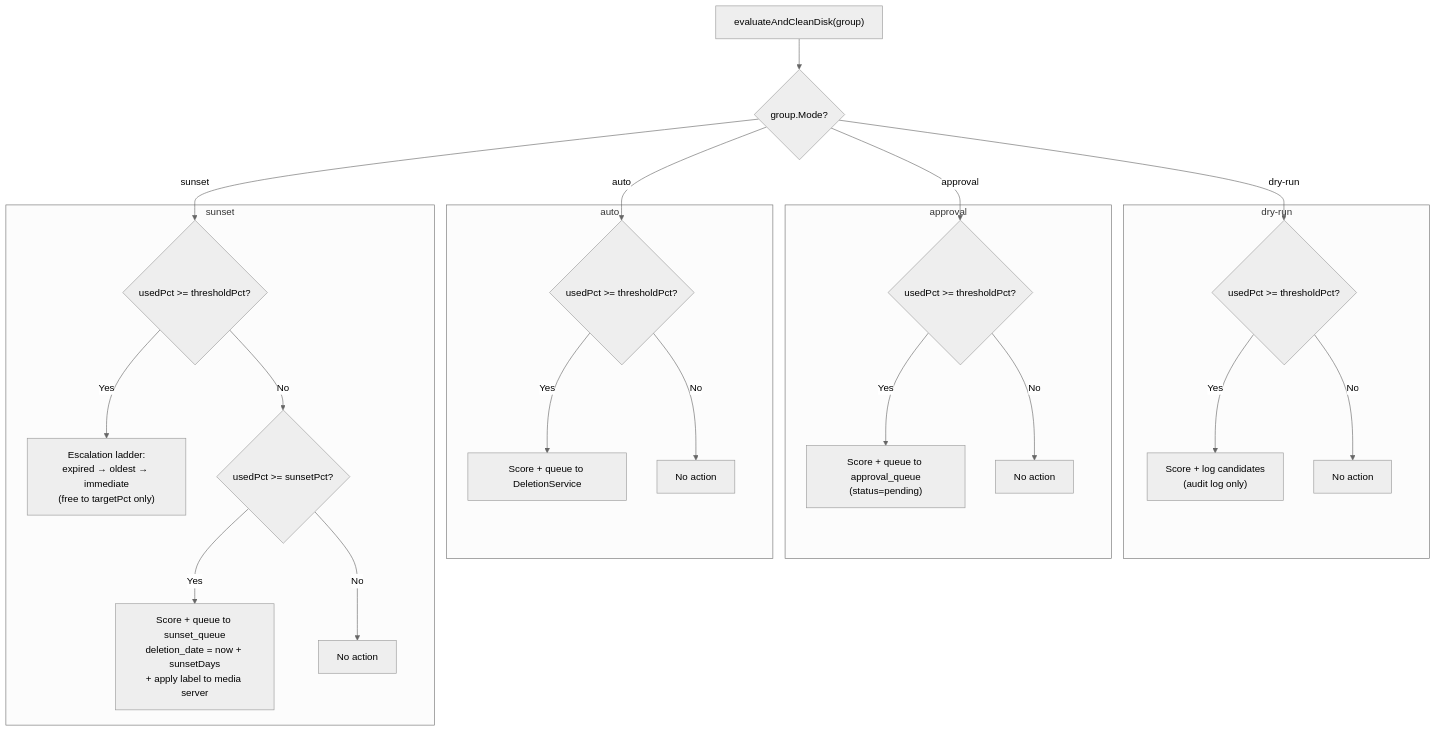
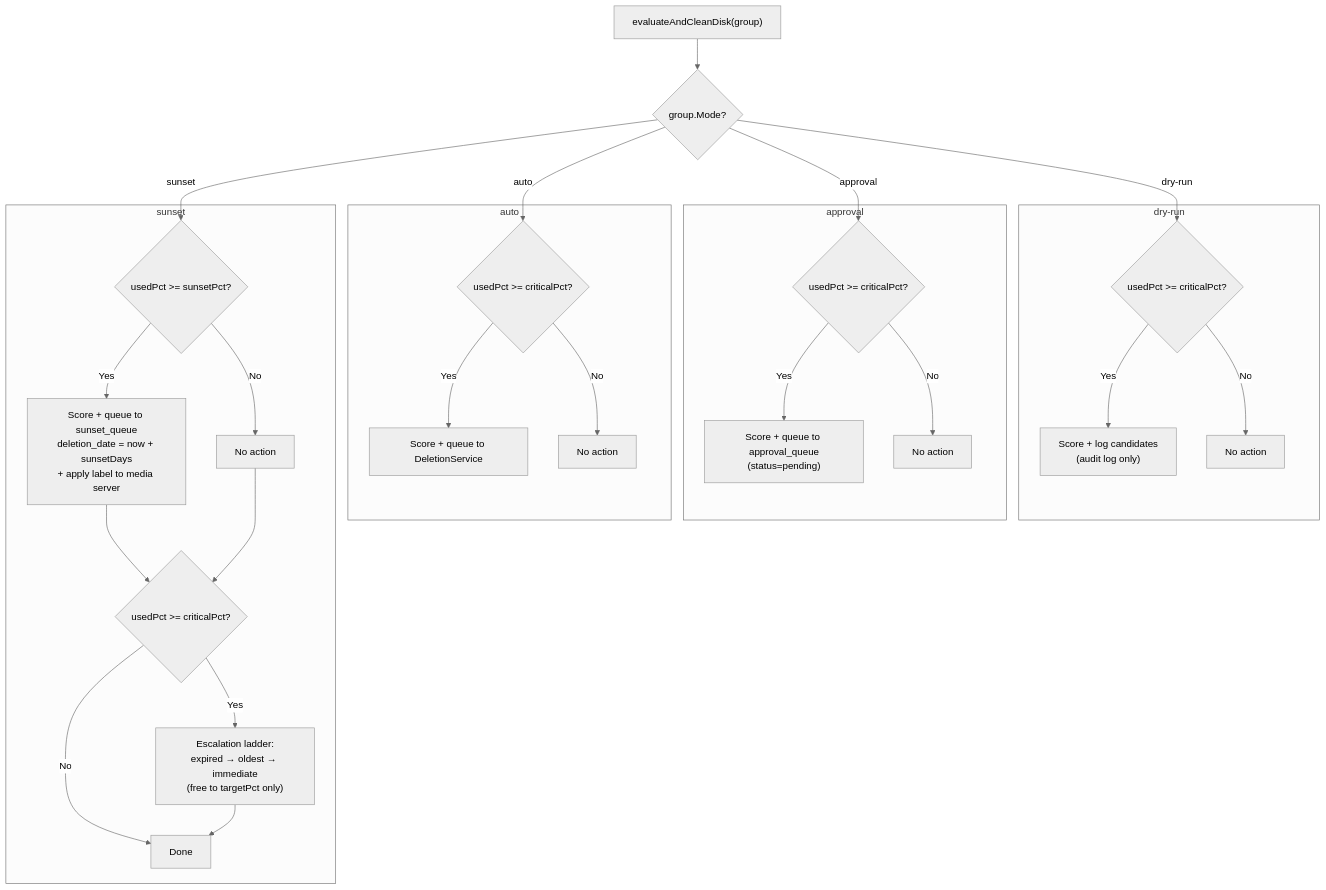
Before and after one commit to Wesleyl89/capacitarr: the second of 4 diagrams in docs/plans/02-features/20260328T0408Z-scheduled-deletion-collections-poster-overlays.md, drawn with Mermaid (neutral theme). The commit also changed other lines of this file and 34 other files, not shown here.

````diff
--- a/docs/plans/02-features/20260328T0408Z-scheduled-deletion-collections-poster-overlays.md
+++ b/docs/plans/02-features/20260328T0408Z-scheduled-deletion-collections-poster-overlays.md
@@ -115,50 +115,54 @@
 ```mermaid
 flowchart TD
     EVAL["evaluateAndCleanDisk(group)"]
     CHECK_MODE{group.Mode?}
 
     subgraph DRY_RUN["dry-run"]
-        DR_THRESH{"usedPct >= thresholdPct?"}
+        DR_THRESH{"usedPct >= criticalPct?"}
         DR_LOG["Score + log candidates<br/>(audit log only)"]
         DR_SKIP["No action"]
     end
 
     subgraph APPROVAL["approval"]
-        AP_THRESH{"usedPct >= thresholdPct?"}
+        AP_THRESH{"usedPct >= criticalPct?"}
         AP_QUEUE["Score + queue to approval_queue<br/>(status=pending)"]
         AP_SKIP["No action"]
     end
 
     subgraph AUTO["auto"]
-        AU_THRESH{"usedPct >= thresholdPct?"}
+        AU_THRESH{"usedPct >= criticalPct?"}
         AU_DELETE["Score + queue to DeletionService"]
         AU_SKIP["No action"]
     end
 
     subgraph SUNSET["sunset"]
-        SU_DEL_THRESH{"usedPct >= thresholdPct?"}
-        SU_ESCALATE["Escalation ladder:<br/>expired → oldest → immediate<br/>(free to targetPct only)"]
         SU_SUN_THRESH{"usedPct >= sunsetPct?"}
         SU_QUEUE["Score + queue to sunset_queue<br/>deletion_date = now + sunsetDays<br/>+ apply label to media server"]
         SU_SKIP["No action"]
+        SU_DEL_THRESH{"usedPct >= criticalPct?"}
+        SU_ESCALATE["Escalation ladder:<br/>expired → oldest → immediate<br/>(free to targetPct only)"]
+        SU_DONE["Done"]
     end
 
     EVAL --> CHECK_MODE
     CHECK_MODE -->|"dry-run"| DR_THRESH
     DR_THRESH -->|"Yes"| DR_LOG
     DR_THRESH -->|"No"| DR_SKIP
 
     CHECK_MODE -->|"approval"| AP_THRESH
     AP_THRESH -->|"Yes"| AP_QUEUE
     AP_THRESH -->|"No"| AP_SKIP
 
     CHECK_MODE -->|"auto"| AU_THRESH
     AU_THRESH -->|"Yes"| AU_DELETE
     AU_THRESH -->|"No"| AU_SKIP
 
-    CHECK_MODE -->|"sunset"| SU_DEL_THRESH
-    SU_DEL_THRESH -->|"Yes"| SU_ESCALATE
-    SU_DEL_THRESH -->|"No"| SU_SUN_THRESH
+    CHECK_MODE -->|"sunset"| SU_SUN_THRESH
     SU_SUN_THRESH -->|"Yes"| SU_QUEUE
     SU_SUN_THRESH -->|"No"| SU_SKIP
+    SU_QUEUE --> SU_DEL_THRESH
+    SU_SKIP --> SU_DEL_THRESH
+    SU_DEL_THRESH -->|"Yes"| SU_ESCALATE
+    SU_DEL_THRESH -->|"No"| SU_DONE
+    SU_ESCALATE --> SU_DONE
 ```
````
